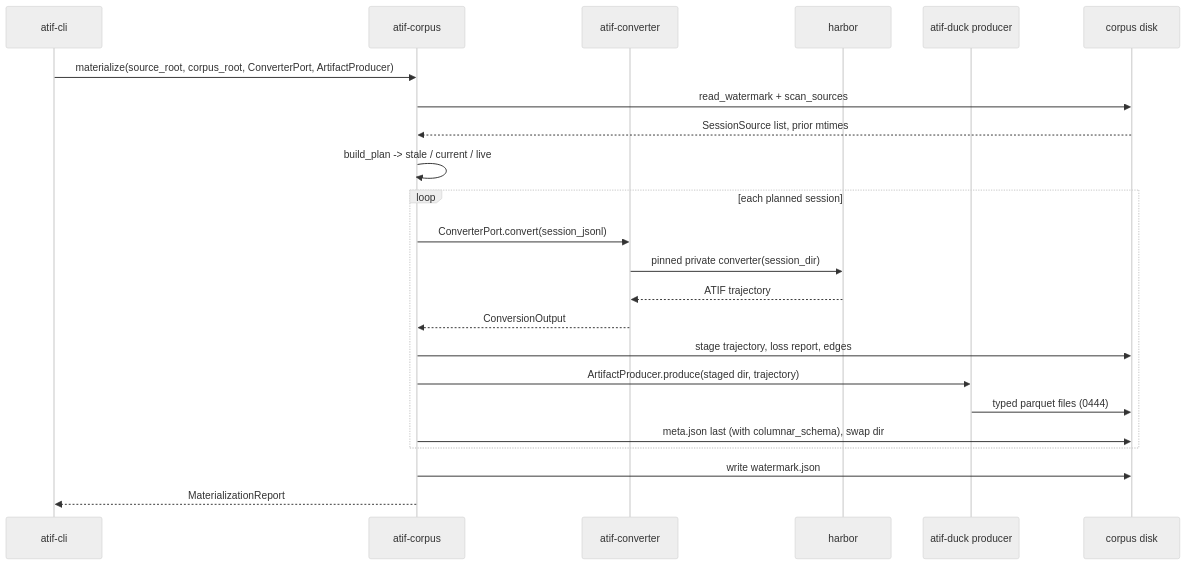
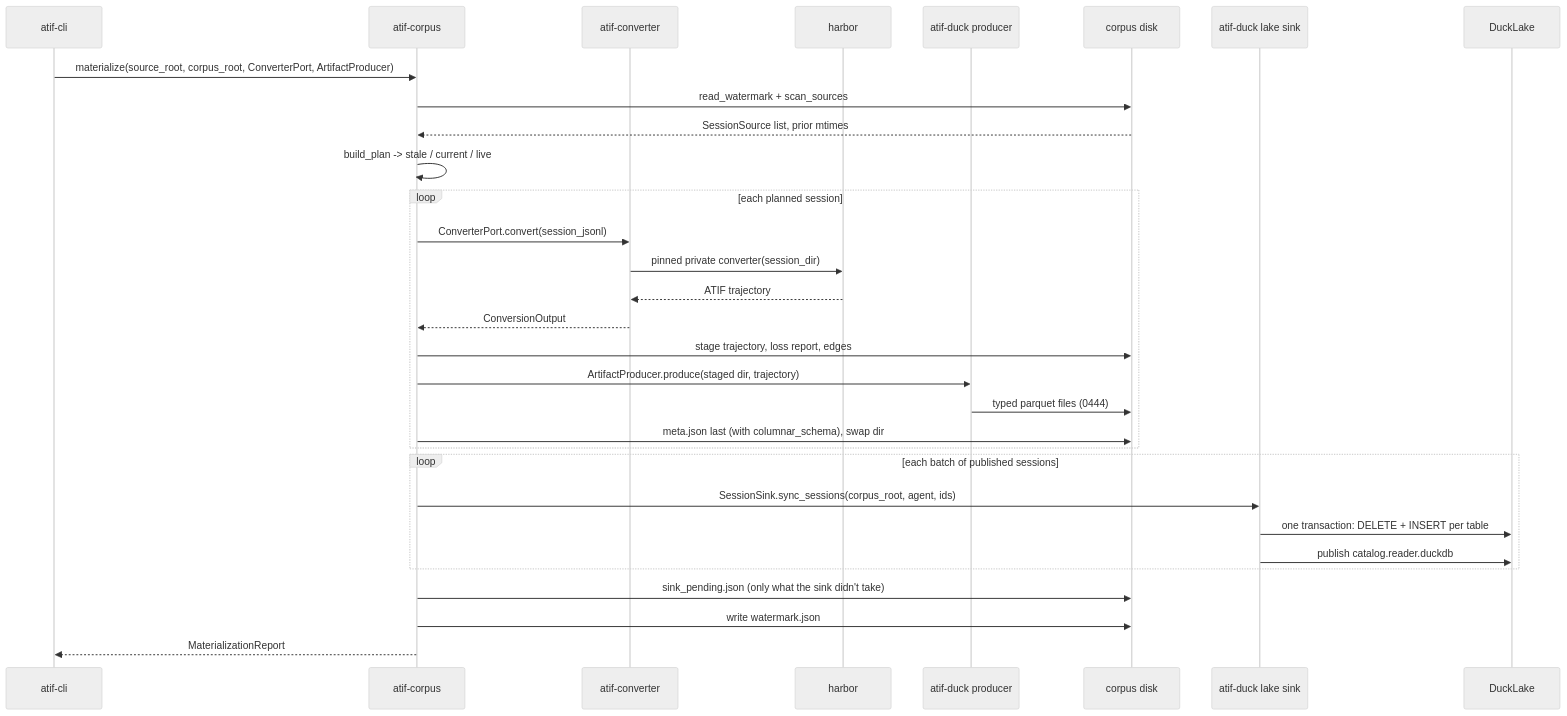
One commit to laithalsaadoon/atif-sql changed the first of 3 diagrams in docs/architecture/data-flow.md. Above: the diagram before and after it, drawn with Mermaid (neutral theme). The commit also changed other lines of this file and 5 other files, not shown here.

Commit message:
docs: the DuckLake storage, the SessionSink port and the lake commands

````diff
--- a/docs/architecture/data-flow.md
+++ b/docs/architecture/data-flow.md
@@ -55,26 +71,34 @@
 ```mermaid
 sequenceDiagram
     participant CLI as atif-cli
     participant Corpus as atif-corpus
     participant Conv as atif-converter
     participant Harbor as harbor
     participant Producer as atif-duck producer
     participant Disk as corpus disk
+    participant Sink as atif-duck lake sink
+    participant Lake as DuckLake
 
     CLI->>Corpus: materialize(source_root, corpus_root, ConverterPort, ArtifactProducer)
     Corpus->>Disk: read_watermark + scan_sources
     Disk-->>Corpus: SessionSource list, prior mtimes
     Corpus->>Corpus: build_plan -> stale / current / live
     loop each planned session
         Corpus->>Conv: ConverterPort.convert(session_jsonl)
         Conv->>Harbor: pinned private converter(session_dir)
         Harbor-->>Conv: ATIF trajectory
         Conv-->>Corpus: ConversionOutput
         Corpus->>Disk: stage trajectory, loss report, edges
         Corpus->>Producer: ArtifactProducer.produce(staged dir, trajectory)
         Producer->>Disk: typed parquet files (0444)
         Corpus->>Disk: meta.json last (with columnar_schema), swap dir
     end
+    loop each batch of published sessions
+        Corpus->>Sink: SessionSink.sync_sessions(corpus_root, agent, ids)
+        Sink->>Lake: one transaction: DELETE + INSERT per table
+        Sink->>Lake: publish catalog.reader.duckdb
+    end
+    Corpus->>Disk: sink_pending.json (only what the sink didn't take)
     Corpus->>Disk: write watermark.json
     Corpus-->>CLI: MaterializationReport
 ```
````
